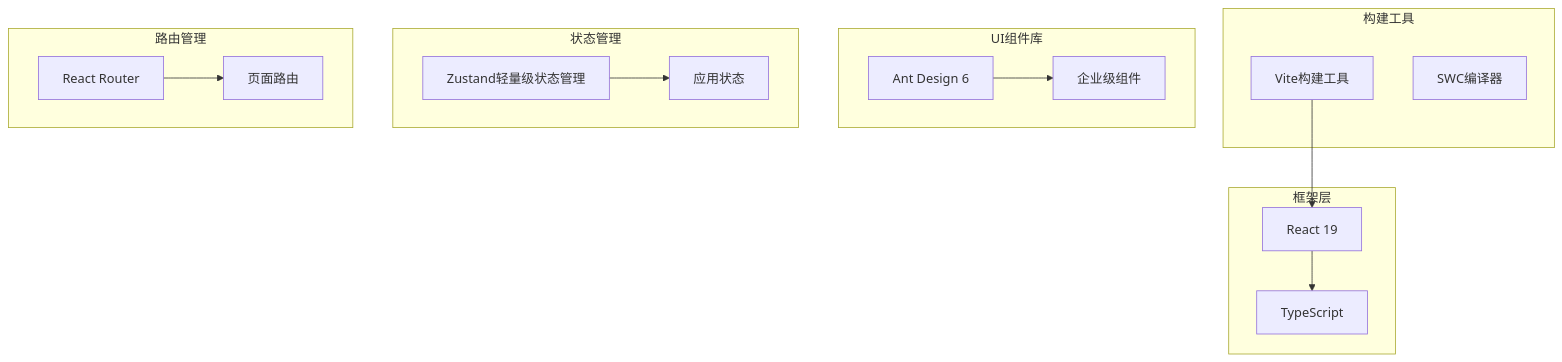
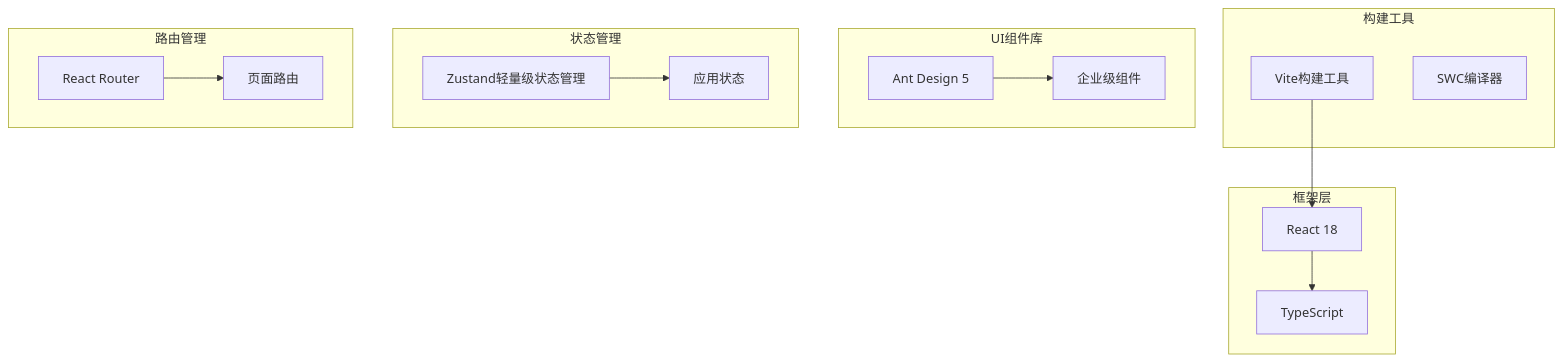
One commit to gree-coder/fund-butler changed diagram 20 of 23 in .qoder/repowiki/zh/content/核心功能开发/多源基金估值系统.md. Above: the diagram before and after it, drawn with Mermaid. The commit also changed other lines of this file and 21 other files, not shown here.

````diff
--- a/.qoder/repowiki/zh/content/核心功能开发/多源基金估值系统.md
+++ b/.qoder/repowiki/zh/content/核心功能开发/多源基金估值系统.md
@@ -1026,28 +835,28 @@
 ```mermaid
 graph TB
 subgraph "构建工具"
 Vite[Vite构建工具]
 SWC[SWC编译器]
 end
 subgraph "框架层"
-React[React 19]
+React[React 18]
 TS[TypeScript]
 end
 subgraph "UI组件库"
-AntD[Ant Design 6]
+AntD[Ant Design 5]
 Components[企业级组件]
 end
 subgraph "状态管理"
 Zustand[Zustand轻量级状态管理]
 Store[应用状态]
 end
 subgraph "路由管理"
 Router[React Router]
 Pages[页面路由]
 end
 Vite --> React
 React --> TS
 AntD --> Components
 Zustand --> Store
 Router --> Pages
 ```
````
